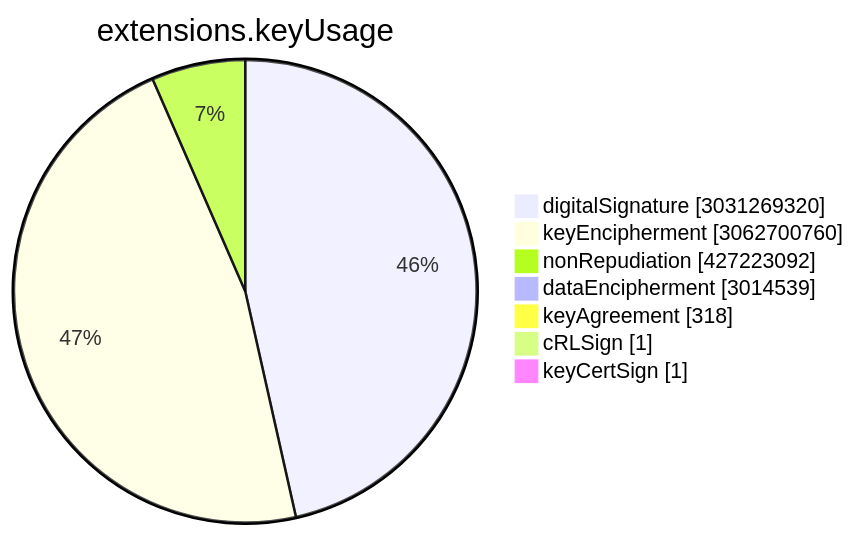
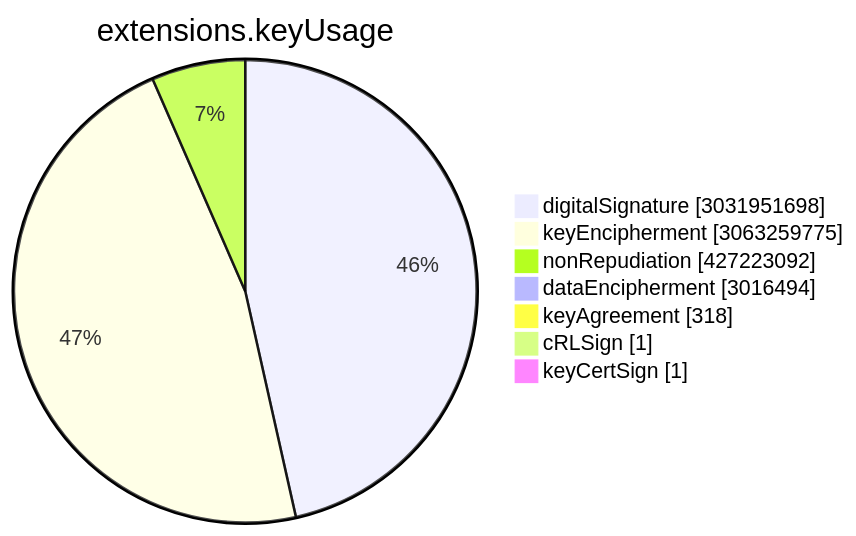
One commit to christiankrug/ctmonitor_visualization changed the sixth of 15 diagrams in TOTAL/README.md. Above: the diagram before and after it, drawn with Mermaid. The commit also changed other lines of this file, not shown here.

````diff
--- a/TOTAL/README.md
+++ b/TOTAL/README.md
@@ -3075,11 +3075,11 @@
 ```mermaid
 pie showData
 title extensions.keyUsage
-"digitalSignature" :3031269320
-"keyEncipherment" :3062700760
+"digitalSignature" :3031951698
+"keyEncipherment" :3063259775
 "nonRepudiation" :427223092
-"dataEncipherment" :3014539
+"dataEncipherment" :3016494
 "keyAgreement" :318
 "cRLSign" :1
 "keyCertSign" :1
 ```
````
